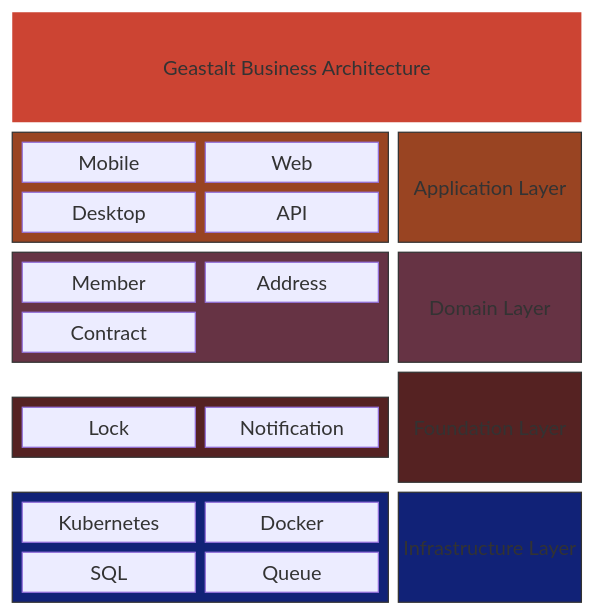
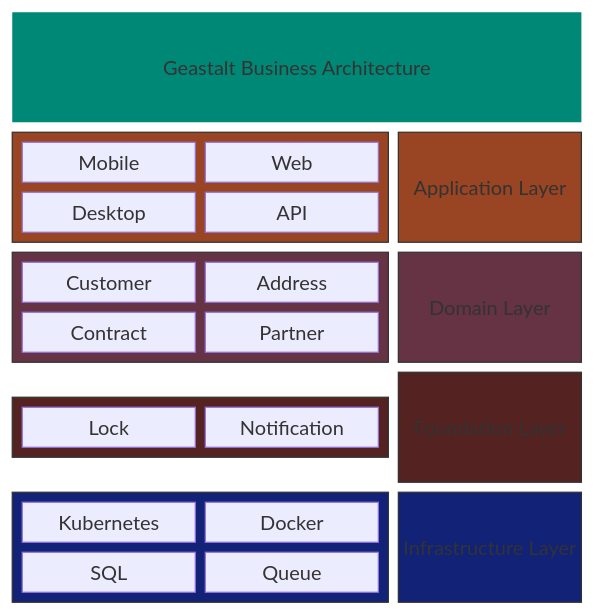
Before and after one commit to bobhablutzel/gaestalt: the diagram in README.md, drawn with Mermaid. The commit also changed other lines of this file and 4 other files, not shown here.

````diff
--- a/README.md
+++ b/README.md
@@ -40,36 +52,36 @@
 ```mermaid
 block
   columns 3
   owner["Geastalt Business Architecture"]:3
   block:appGroup:2
     columns 2
     Mobile Web Desktop API
   end
   app["Application Layer"]
   block:domainGroup:2
     columns 2
-    Member Address Contract
+    Customer Address Contract Partner
   end
   domain["Domain Layer"]
   block:foundGroup:2
     columns 2
     Lock Notification 
   end
   foundation["Foundation Layer"]
   block:infraGroup:2
     columns 2
     Kubernetes Docker SQL Queue 
   end
   infra["Infrastructure Layer"]
 
 
 style infra fill:#127,stroke:#333;
 style infraGroup fill:#127,stroke:#333;
 style foundation fill:#522,stroke:#333;
 style foundGroup fill:#522,stroke:#333;
 style domain fill:#634,stroke:#333,color:#fff;
 style domainGroup fill:#634,stroke:#333;
 style app fill:#942,stroke:#333,color:#fff;
 style appGroup fill:#942,stroke:#333;
-style owner fill:#C43,color:#000,stroke-width:0,font-size:70px;
+style owner fill:#087,color:#000,stroke-width:0,font-size:70px;
 ```
````
